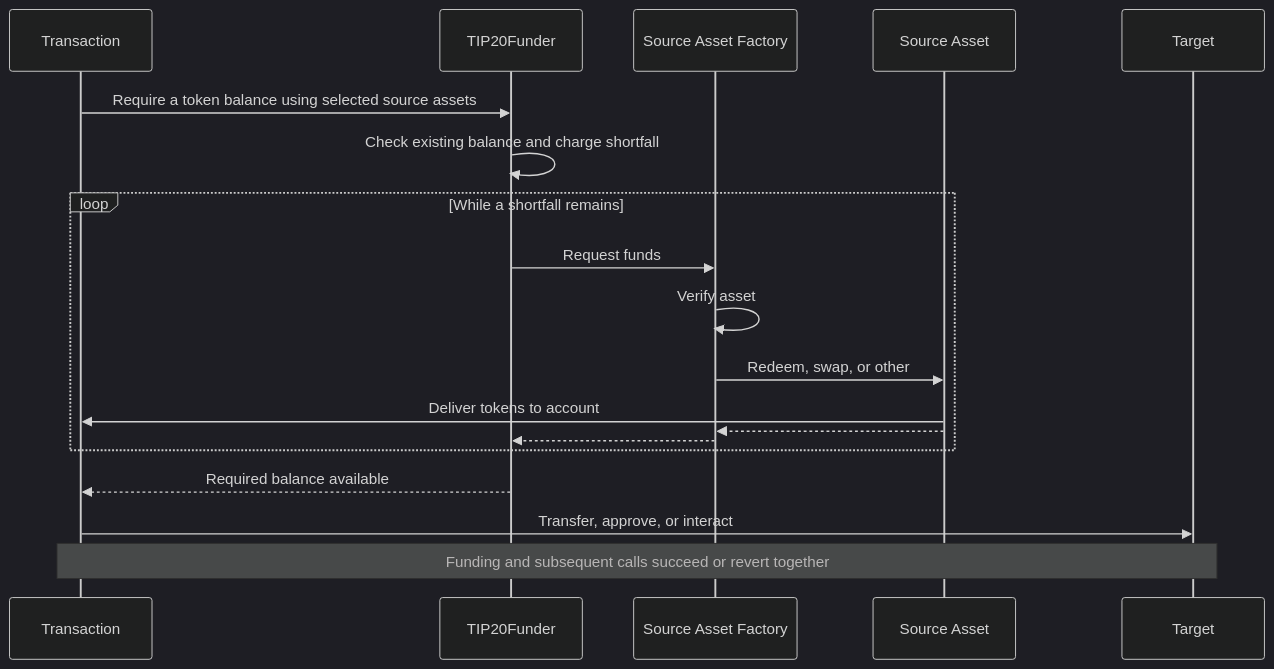
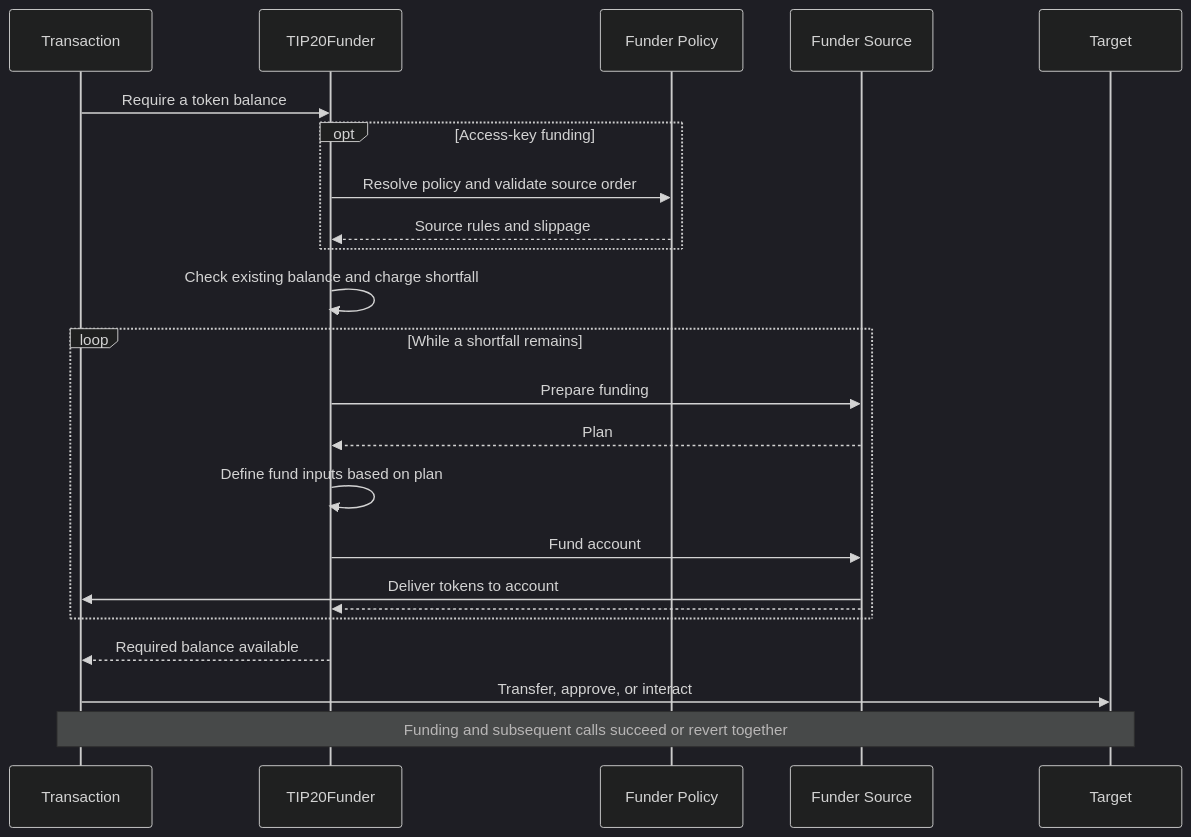
Before and after one commit to tempoxyz/tempo: the diagram in tips/tip-1120.md, drawn with Mermaid (dark theme). The commit also changed other lines of this file, not shown here.

Commit message:
docs(tip-1120): define funder sources and shared policies

````diff
--- a/tips/tip-1120.md
+++ b/tips/tip-1120.md
@@ -44,22 +45,26 @@
 ```mermaid
 sequenceDiagram
     participant C as Transaction
     participant P as TIP20Funder
-    participant F as Source Asset Factory
-    participant S as Source Asset
+    participant R as Funder Policy
+    participant F as Funder Source
     participant A as Target
 
-    C->>P: Require a token balance using selected source assets
+    C->>P: Require a token balance
+    opt Access-key funding
+        P->>R: Resolve policy and validate source order
+        R-->>P: Source rules and slippage
+    end
     P->>P: Check existing balance and charge shortfall
     loop While a shortfall remains
-        P->>F: Request funds
-        F->>F: Verify asset
-        F->>S: Redeem, swap, or other
-        S->>C: Deliver tokens to account
-        S-->>F:
+        P->>F: Prepare funding
+        F-->>P: Plan
+        P->>P: Define fund inputs based on plan
+        P->>F: Fund account
+        F->>C: Deliver tokens to account
         F-->>P:
     end
     P-->>C: Required balance available
     C->>A: Transfer, approve, or interact
     Note over C,A: Funding and subsequent calls succeed or revert together
 ```
````
